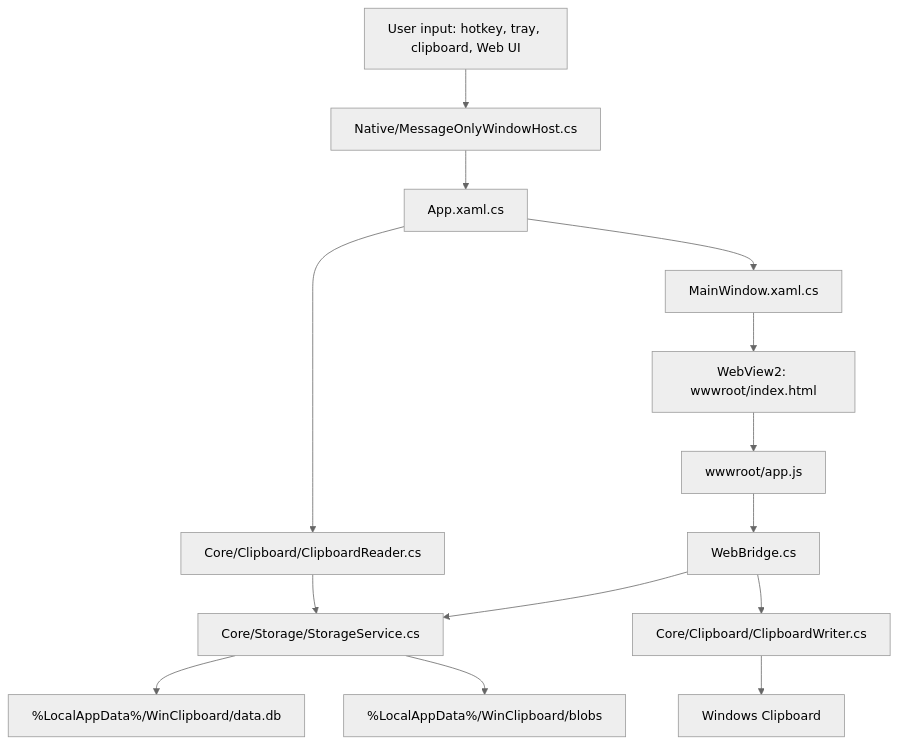
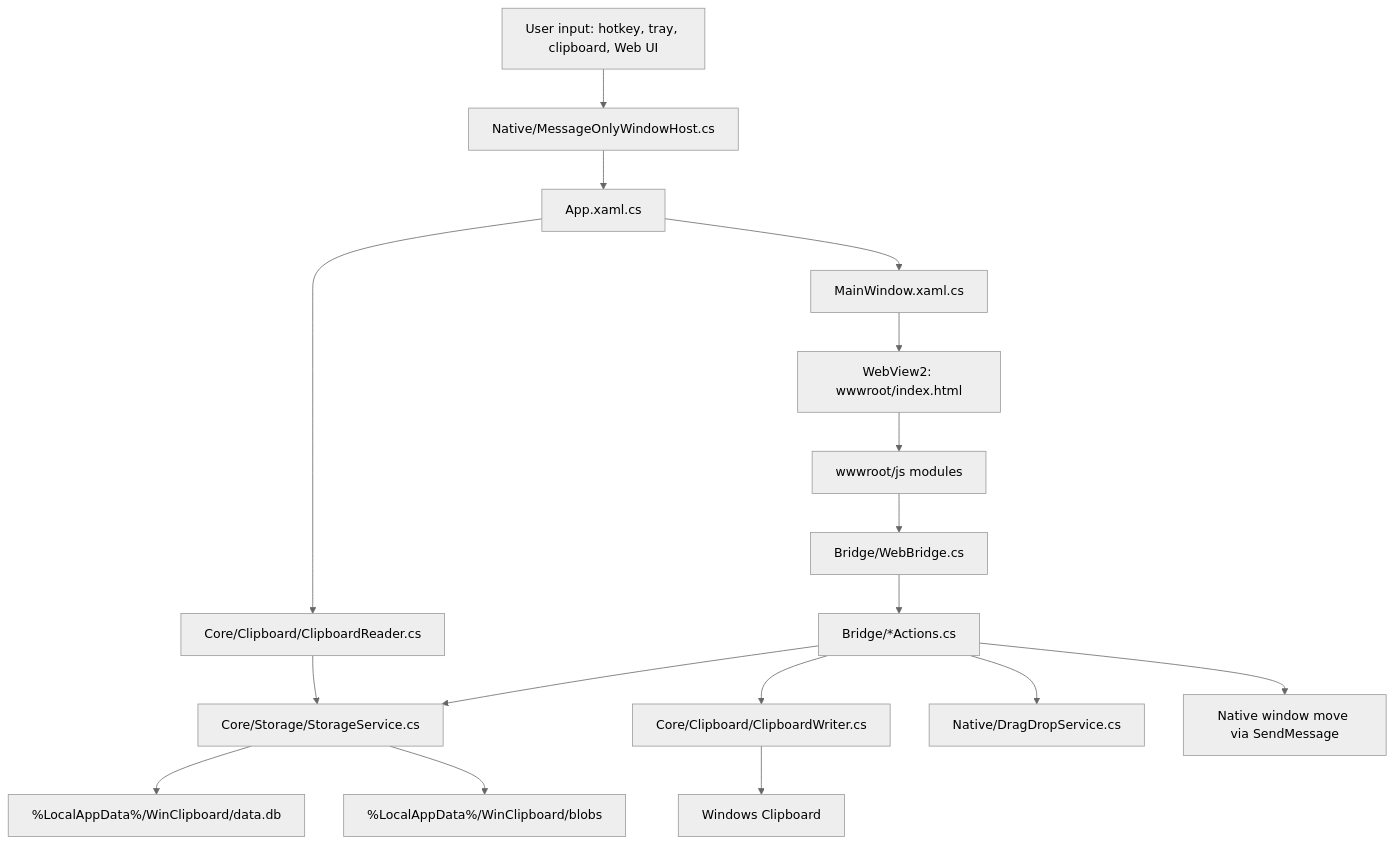
Before and after one commit to KingOF-LiTan/EasyClipBoard-for-Windows11: the first of 5 diagrams in system_map.md, drawn with Mermaid (neutral theme). The commit also changed other lines of this file and 21 other files, not shown here.

````diff
--- a/system_map.md
+++ b/system_map.md
@@ -7,16 +22,19 @@
 ```mermaid
 flowchart TD
     User["User input: hotkey, tray, clipboard, Web UI"] --> Host["Native/MessageOnlyWindowHost.cs"]
     Host --> App["App.xaml.cs"]
     App --> Reader["Core/Clipboard/ClipboardReader.cs"]
     Reader --> Storage["Core/Storage/StorageService.cs"]
     Storage --> SQLite["%LocalAppData%/WinClipboard/data.db"]
     Storage --> Blobs["%LocalAppData%/WinClipboard/blobs"]
     App --> MainWindow["MainWindow.xaml.cs"]
     MainWindow --> WebView["WebView2: wwwroot/index.html"]
-    WebView --> JS["wwwroot/app.js"]
-    JS --> Bridge["WebBridge.cs"]
-    Bridge --> Storage
-    Bridge --> Writer["Core/Clipboard/ClipboardWriter.cs"]
+    WebView --> JS["wwwroot/js modules"]
+    JS --> Bridge["Bridge/WebBridge.cs"]
+    Bridge --> Actions["Bridge/*Actions.cs"]
+    Actions --> Storage
+    Actions --> Writer["Core/Clipboard/ClipboardWriter.cs"]
     Writer --> Clipboard["Windows Clipboard"]
+    Actions --> NativeDrag["Native/DragDropService.cs"]
+    Actions --> WindowMove["Native window move via SendMessage"]
 ```
````
